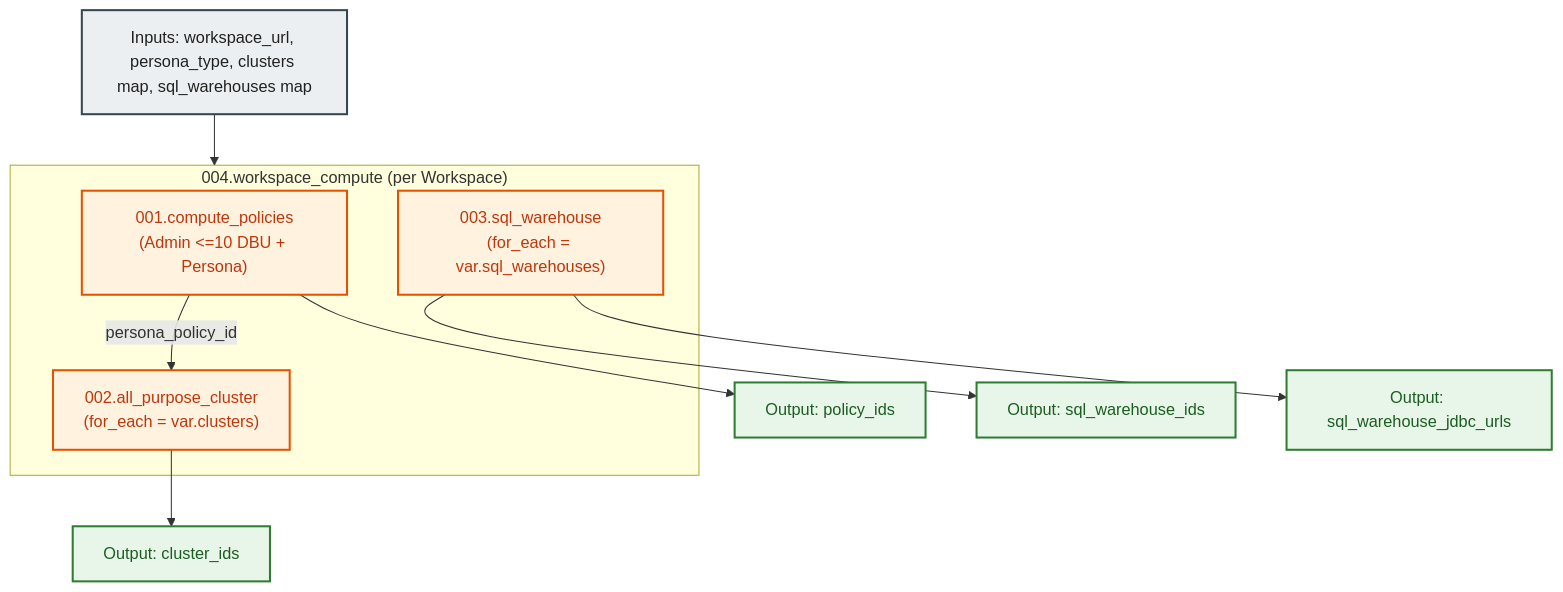
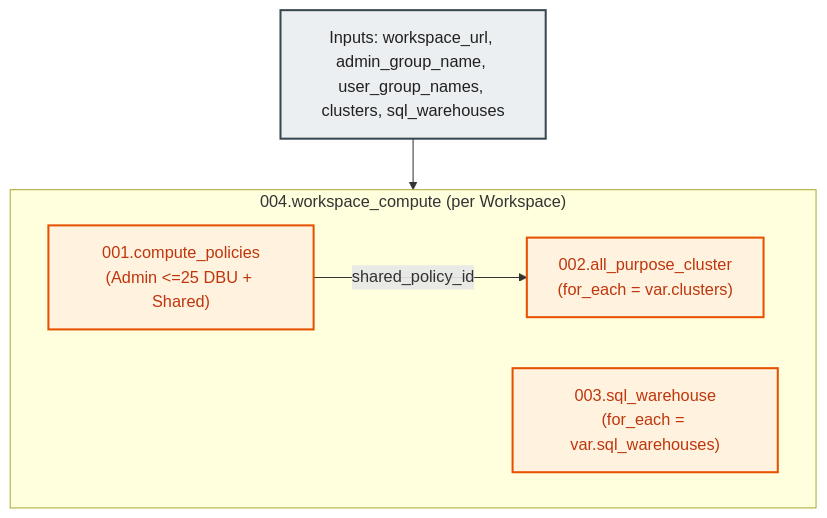
One commit to MikolajSedek/databricks_aws_deployment_03_workspaces_and_compute changed the diagram in modules/05.compute/004.workspace_compute/README.md. Above: the diagram before and after it, drawn with Mermaid. The commit also changed other lines of this file and 40 other files, not shown here.

````diff
--- a/modules/05.compute/004.workspace_compute/README.md
+++ b/modules/05.compute/004.workspace_compute/README.md
@@ -48,28 +46,17 @@
 ```mermaid
 flowchart TD
     classDef input fill:#ECEFF1,stroke:#37474F,stroke-width:2px,color:#212121;
-    classDef comp fill:#E8EAF6,stroke:#283593,stroke-width:2px,color:#1A237E;
     classDef sub fill:#FFF3E0,stroke:#E65100,stroke-width:2px,color:#BF360C;
-    classDef out fill:#E8F5E9,stroke:#2E7D32,stroke-width:2px,color:#1B5E20;
 
-    Inputs["Inputs: workspace_url, persona_type, clusters map, sql_warehouses map"]:::input
+    Inputs["Inputs: workspace_url, admin_group_name, user_group_names, clusters, sql_warehouses"]:::input
 
     subgraph CompositeModule ["004.workspace_compute (per Workspace)"]
-        Policies["001.compute_policies<br/>(Admin <=10 DBU + Persona)"]:::sub
+        Policies["001.compute_policies<br/>(Admin <=25 DBU + Shared)"]:::sub
         Clusters["002.all_purpose_cluster<br/>(for_each = var.clusters)"]:::sub
         Warehouses["003.sql_warehouse<br/>(for_each = var.sql_warehouses)"]:::sub
 
-        Policies -->|"persona_policy_id"| Clusters
+        Policies -->|"shared_policy_id"| Clusters
     end
 
-    OutPol["Output: policy_ids"]:::out
-    OutCls["Output: cluster_ids"]:::out
-    OutWH["Output: sql_warehouse_ids"]:::out
-    OutJDBC["Output: sql_warehouse_jdbc_urls"]:::out
-
     Inputs --> CompositeModule
-    Policies --> OutPol
-    Clusters --> OutCls
-    Warehouses --> OutWH
-    Warehouses --> OutJDBC
 ```
````
